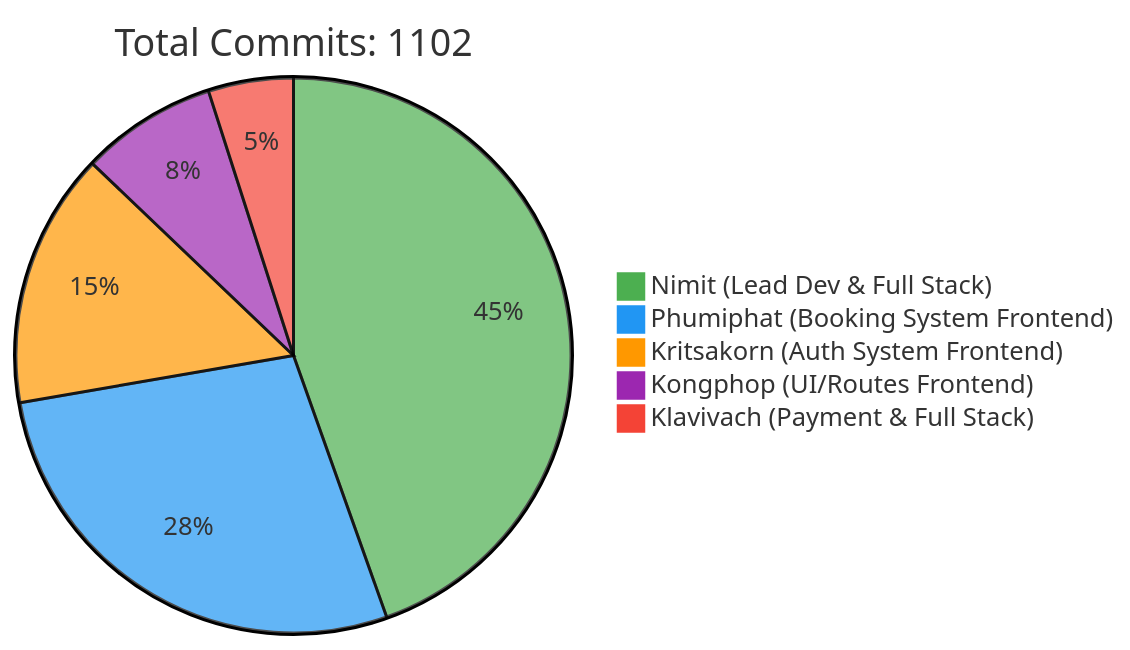
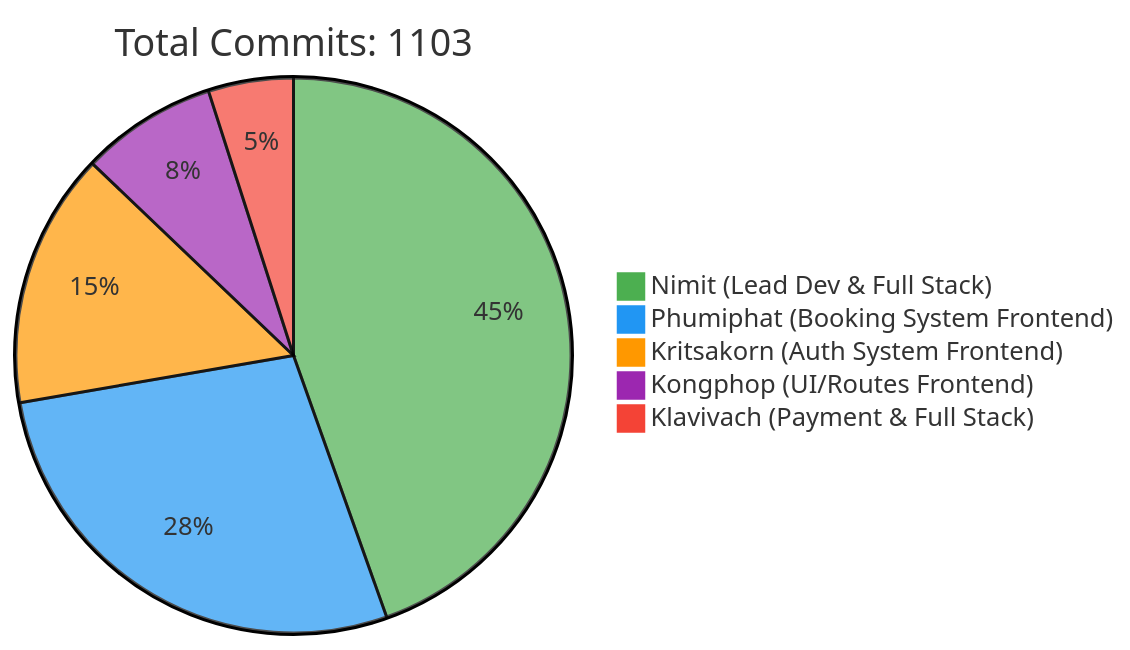
Before and after one commit to 6531503042/Sport-Complex: the first of 2 diagrams in README.md, drawn with Mermaid. The commit also changed other lines of this file, not shown here.

Commit message:
docs: Update contributor statistics [skip ci]

````diff
--- a/README.md
+++ b/README.md
@@ -257,10 +257,10 @@
 ```mermaid
 %%{init: {'theme': 'base', 'themeVariables': { 'pie1': '#4CAF50', 'pie2': '#2196F3', 'pie3': '#FF9800', 'pie4': '#9C27B0', 'pie5': '#F44336'}}}%%
 pie
-    title Total Commits: 1102
+    title Total Commits: 1103
     "Nimit (Lead Dev & Full Stack)" : 450
     "Phumiphat (Booking System Frontend)" : 280
     "Kritsakorn (Auth System Frontend)" : 150
     "Kongphop (UI/Routes Frontend)" : 80
     "Klavivach (Payment & Full Stack)" : 50
 ```
````
